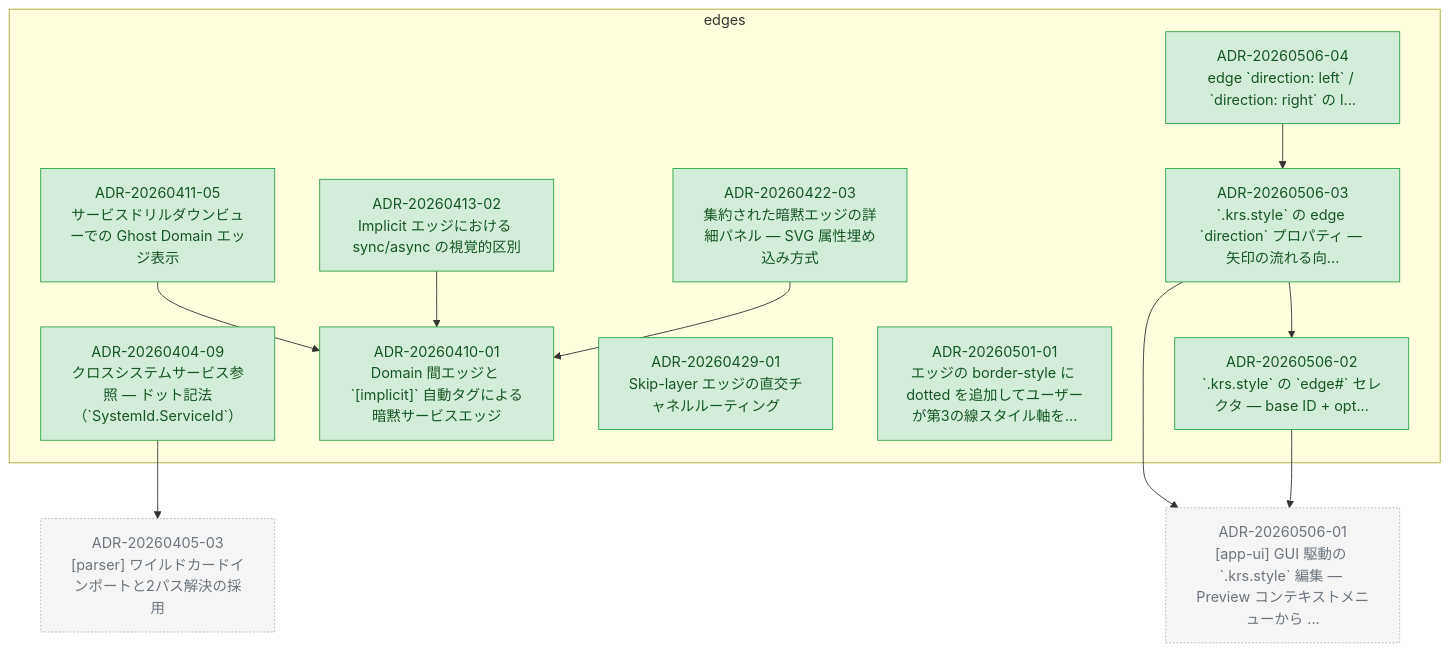
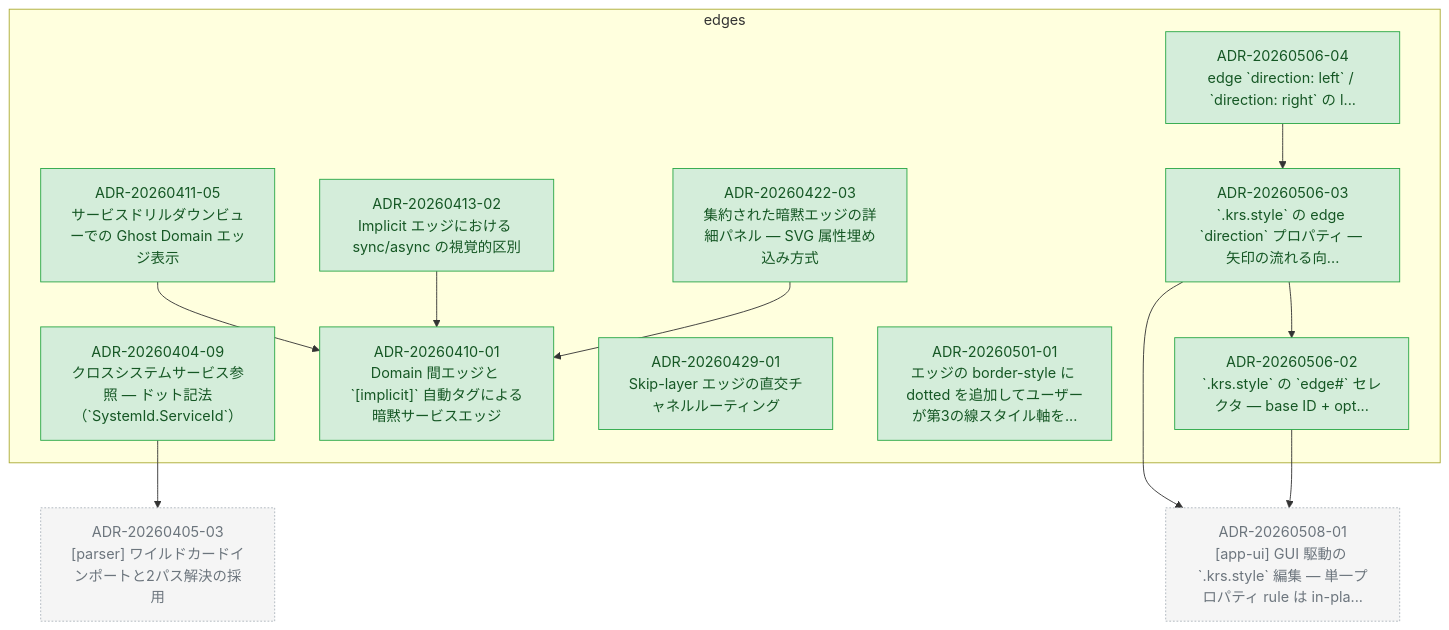
One commit to kompiro/karasu changed the diagram in docs/adr/graph/edges.md. Above: the diagram before and after it, drawn with Mermaid. The commit also changed 12 other files, not shown here.

First line of the commit message:
feat(app): upsert GUI style edits in place for single-property rules

````diff
--- a/docs/adr/graph/edges.md
+++ b/docs/adr/graph/edges.md
@@ -6,44 +6,44 @@
 ```mermaid
 flowchart TD
   subgraph edges["edges"]
     ADR_20260404_09["ADR-20260404-09<br/>クロスシステムサービス参照 — ドット記法（`SystemId.ServiceId`）"]
     ADR_20260410_01["ADR-20260410-01<br/>Domain 間エッジと `[implicit]` 自動タグによる暗黙サービスエッジ"]
     ADR_20260411_05["ADR-20260411-05<br/>サービスドリルダウンビューでの Ghost Domain エッジ表示"]
     ADR_20260413_02["ADR-20260413-02<br/>Implicit エッジにおける sync/async の視覚的区別"]
     ADR_20260422_03["ADR-20260422-03<br/>集約された暗黙エッジの詳細パネル — SVG 属性埋め込み方式"]
     ADR_20260429_01["ADR-20260429-01<br/>Skip-layer エッジの直交チャネルルーティング"]
     ADR_20260501_01["ADR-20260501-01<br/>エッジの border-style に dotted を追加してユーザーが第3の線スタイル軸を..."]
     ADR_20260506_02["ADR-20260506-02<br/>`.krs.style` の `edge#<id>` セレクタ — base ID + opt..."]
     ADR_20260506_03["ADR-20260506-03<br/>`.krs.style` の edge `direction` プロパティ — 矢印の流れる向..."]
     ADR_20260506_04["ADR-20260506-04<br/>edge `direction: left` / `direction: right` の l..."]
   end
   ADR_20260405_03["ADR-20260405-03<br/>[parser] ワイルドカードインポートと2パス解決の採用"]
-  ADR_20260506_01["ADR-20260506-01<br/>[app-ui] GUI 駆動の `.krs.style` 編集 — Preview コンテキストメニューから ..."]
+  ADR_20260508_01["ADR-20260508-01<br/>[app-ui] GUI 駆動の `.krs.style` 編集 — 単一プロパティ rule は in-pla..."]
   ADR_20260404_09 --> ADR_20260405_03
   ADR_20260411_05 --> ADR_20260410_01
   ADR_20260413_02 --> ADR_20260410_01
   ADR_20260422_03 --> ADR_20260410_01
-  ADR_20260506_02 --> ADR_20260506_01
-  ADR_20260506_03 --> ADR_20260506_01
+  ADR_20260506_02 --> ADR_20260508_01
+  ADR_20260506_03 --> ADR_20260508_01
   ADR_20260506_03 --> ADR_20260506_02
   ADR_20260506_04 --> ADR_20260506_03
 
   classDef accepted fill:#d4edda,stroke:#28a745,color:#155724
   classDef proposed fill:#fff3cd,stroke:#ffc107,color:#856404
   classDef deprecated fill:#f8d7da,stroke:#dc3545,color:#721c24
   classDef superseded fill:#e2e3e5,stroke:#6c757d,color:#383d41
   classDef not_adopted fill:#e2e3e5,stroke:#6c757d,color:#383d41,stroke-dasharray:3 3
   classDef ghost fill:#f5f5f5,stroke:#adb5bd,color:#6c757d,stroke-dasharray:2 2
   class ADR_20260404_09 accepted
   class ADR_20260410_01 accepted
   class ADR_20260411_05 accepted
   class ADR_20260413_02 accepted
   class ADR_20260422_03 accepted
   class ADR_20260429_01 accepted
   class ADR_20260501_01 accepted
   class ADR_20260506_02 accepted
   class ADR_20260506_03 accepted
   class ADR_20260506_04 accepted
   class ADR_20260405_03 ghost
-  class ADR_20260506_01 ghost
+  class ADR_20260508_01 ghost
 ```
````
